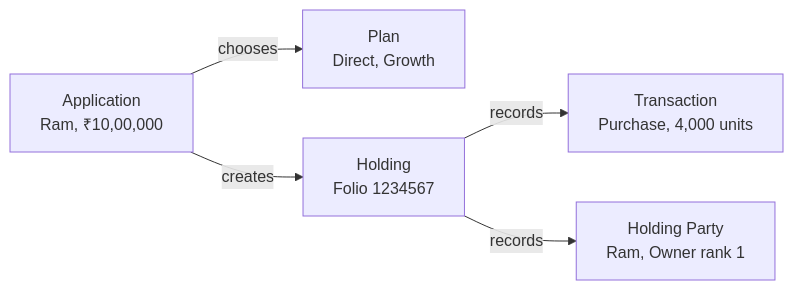
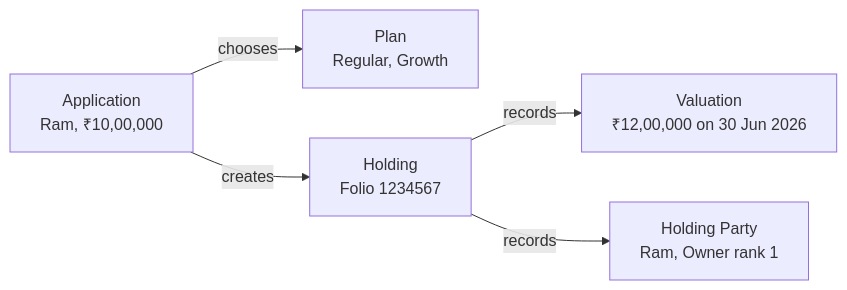
One commit to knapsfs/dhanada changed the diagram in docs/02-model/04-products-and-providers.md. Above: the diagram before and after it, drawn with Mermaid. The commit also changed other lines of this file and 12 other files, not shown here.

````diff
--- a/docs/02-model/04-products-and-providers.md
+++ b/docs/02-model/04-products-and-providers.md
@@ -74,13 +93,13 @@
 ```mermaid
 flowchart LR
     A["Application<br/>Ram, ₹10,00,000"]
-    P["Plan<br/>Direct, Growth"]
+    P["Plan<br/>Regular, Growth"]
     H["Holding<br/>Folio 1234567"]
-    T["Transaction<br/>Purchase, 4,000 units"]
+    V["Valuation<br/>₹12,00,000 on 30 Jun 2026"]
     O["Holding Party<br/>Ram, Owner rank 1"]
 
     A -->|chooses| P
     A -->|creates| H
-    H -->|records| T
+    H -->|records| V
     H -->|records| O
 ```
````
